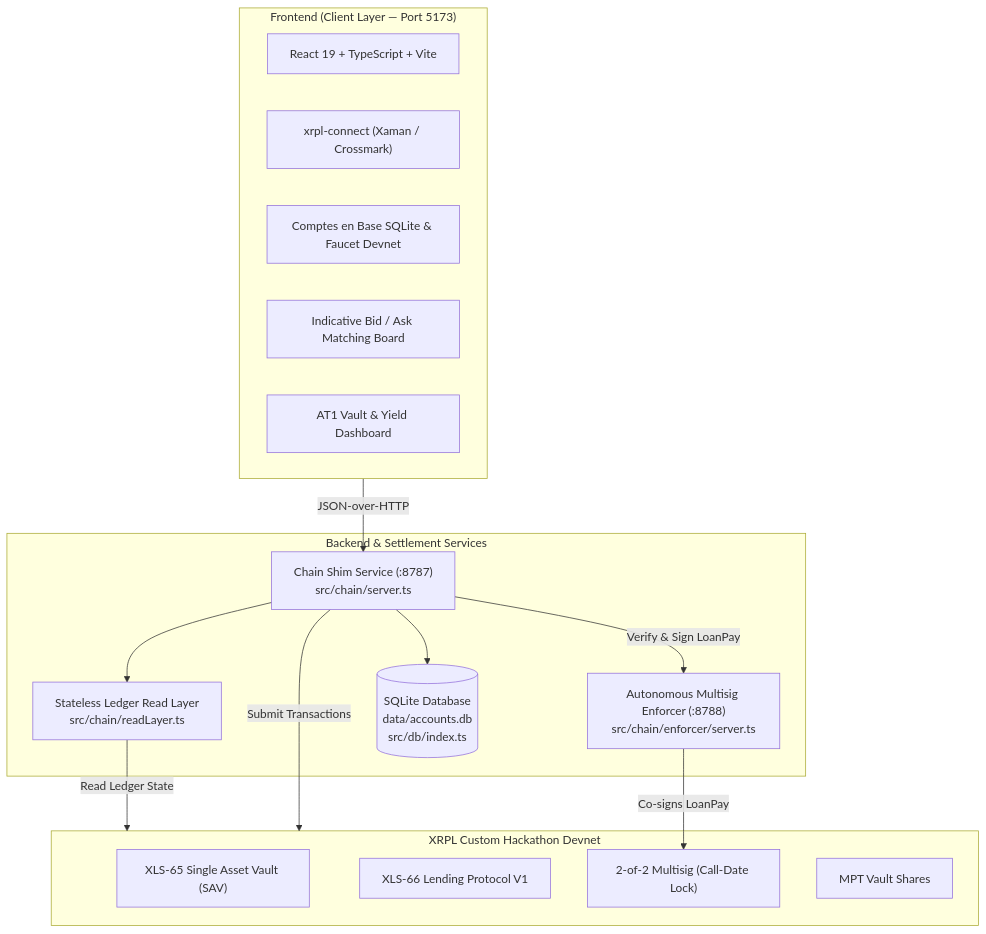
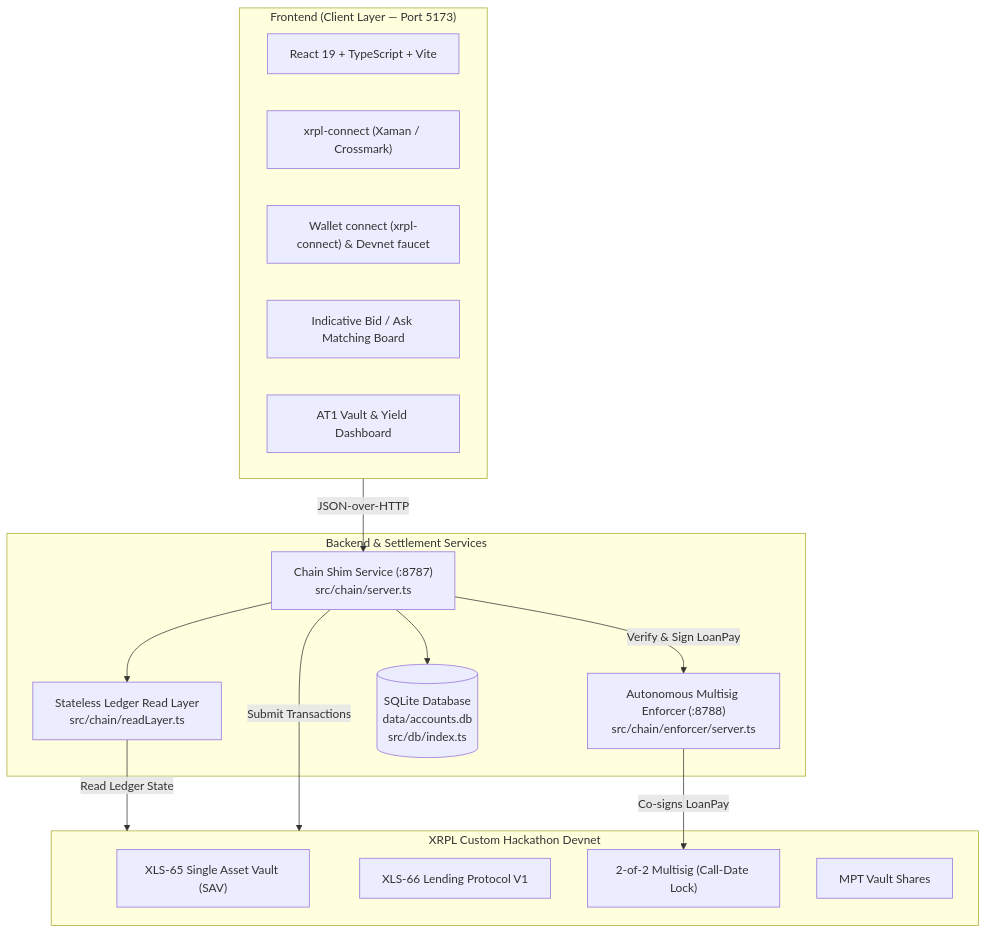
Before and after one commit to G4SP4RDDB/AT1_XRPL: the diagram in README.md, drawn with Mermaid. The commit also changed other lines of this file and 6 other files, not shown here.

````diff
--- a/README.md
+++ b/README.md
@@ -152,32 +150,32 @@
 ```mermaid
 flowchart TD
     subgraph UI ["Frontend (Client Layer — Port 5173)"]
         React["React 19 + TypeScript + Vite"]
         XRPLConnect["xrpl-connect (Xaman / Crossmark)"]
-        DbSelector["Comptes en Base SQLite & Faucet Devnet"]
+        DbSelector["Wallet connect (xrpl-connect) & Devnet faucet"]
         MatchBoard["Indicative Bid / Ask Matching Board"]
         Dashboard["AT1 Vault & Yield Dashboard"]
     end
 
     subgraph Middleware ["Backend & Settlement Services"]
         ChainShim["Chain Shim Service (:8787)\nsrc/chain/server.ts"]
         Enforcer["Autonomous Multisig Enforcer (:8788)\nsrc/chain/enforcer/server.ts"]
         ReadLayer["Stateless Ledger Read Layer\nsrc/chain/readLayer.ts"]
         SQLiteDB[("SQLite Database\ndata/accounts.db\nsrc/db/index.ts")]
     end
 
     subgraph Ledger ["XRPL Custom Hackathon Devnet"]
         Vault["XLS-65 Single Asset Vault (SAV)"]
         Lending["XLS-66 Lending Protocol V1"]
         Multisig["2-of-2 Multisig (Call-Date Lock)"]
         MPT["MPT Vault Shares"]
     end
 
     UI -->|JSON-over-HTTP| ChainShim
     ChainShim --> ReadLayer
     ChainShim --> SQLiteDB
     ChainShim -->|Verify & Sign LoanPay| Enforcer
     ReadLayer -->|Read Ledger State| Ledger
     ChainShim -->|Submit Transactions| Ledger
     Enforcer -->|Co-signs LoanPay| Multisig
 ```
````
